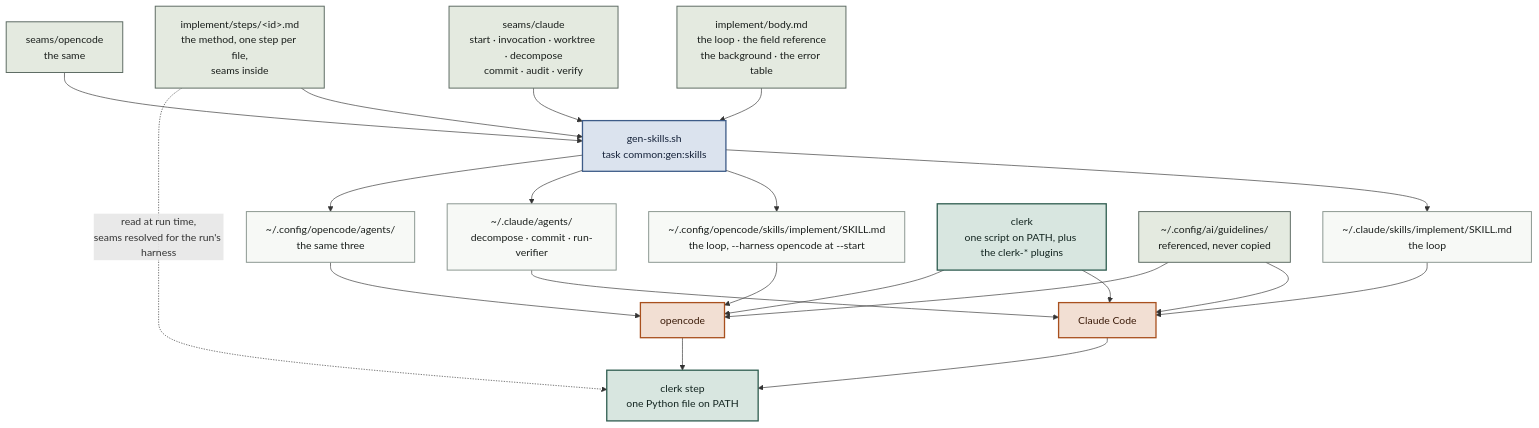
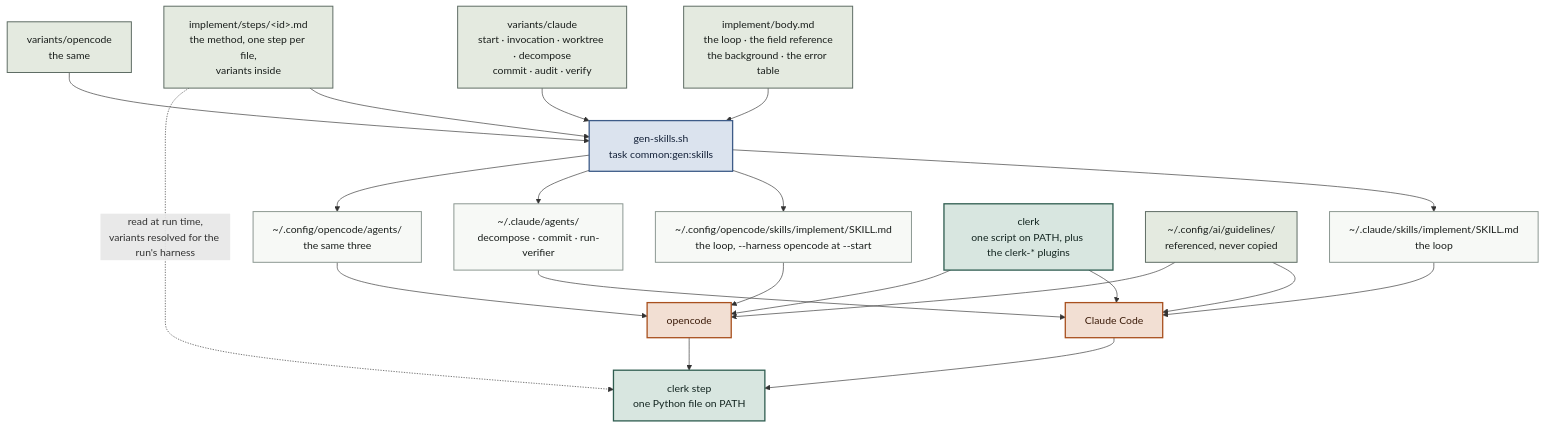
The fifth of 5 diagrams in link/common/dot-config/.config/ai/method/README.md (hpcsc/dotfiles), drawn with Mermaid before and after one commit. The commit also changed other lines of this file and 100 other files, not shown here.

````diff
--- a/link/common/dot-config/.config/ai/method/README.md
+++ b/link/common/dot-config/.config/ai/method/README.md
@@ -497,36 +497,36 @@
 ```mermaid
 flowchart TD
   BODY["implement/body.md<br/>the loop · the field reference<br/>the background · the error table"]
-  STEPS["implement/steps/&lt;id&gt;.md<br/>the method, one step per file,<br/>seams inside"]
-  SC["seams/claude<br/>start · invocation · worktree · decompose<br/>commit · audit · verify"]
-  SO["seams/opencode<br/>the same"]
+  STEPS["implement/steps/&lt;id&gt;.md<br/>the method, one step per file,<br/>variants inside"]
+  SC["variants/claude<br/>start · invocation · worktree · decompose<br/>commit · audit · verify"]
+  SO["variants/opencode<br/>the same"]
   BODY --> GEN["gen-skills.sh<br/>task common:gen:skills"]
   STEPS --> GEN
   SC --> GEN
   SO --> GEN
   GEN --> OC1["~/.claude/skills/implement/SKILL.md<br/>the loop"]
   GEN --> OO1["~/.config/opencode/skills/implement/SKILL.md<br/>the loop, --harness opencode at --start"]
   GEN --> OC2["~/.claude/agents/<br/>decompose · commit · run-verifier"]
   GEN --> OO2["~/.config/opencode/agents/<br/>the same three"]
   OC1 --> CC["Claude Code"]
   OC2 --> CC
   OO1 --> OK["opencode"]
   OO2 --> OK
   CC --> STEP["clerk step<br/>one Python file on PATH"]
   OK --> STEP
-  STEPS -. "read at run time,<br/>seams resolved for the run's harness" .-> STEP
+  STEPS -. "read at run time,<br/>variants resolved for the run's harness" .-> STEP
   CLERK["clerk<br/>one script on PATH, plus the clerk-* plugins"] --> CC
   CLERK --> OK
   GUIDE["~/.config/ai/guidelines/<br/>referenced, never copied"] --> CC
   GUIDE --> OK
   classDef src fill:#E4EAE0,stroke:#5C6A62,stroke-width:1.5px,color:#1A1F1C
   classDef gen fill:#DBE3EE,stroke:#3E5C88,stroke-width:2px,color:#16233A
   classDef out fill:#F7F9F6,stroke:#8A9690,stroke-width:1.5px,color:#1A1F1C
   classDef tool fill:#F2DFD3,stroke:#A8501E,stroke-width:2px,color:#3A1A08
   classDef clerk fill:#D8E6E0,stroke:#2F5D50,stroke-width:2px,color:#132520
   class BODY,STEPS,SC,SO,GUIDE src
   class GEN gen
   class OC1,OO1,OC2,OO2 out
   class CC,OK tool
   class CLERK,STEP clerk
 ```
````
